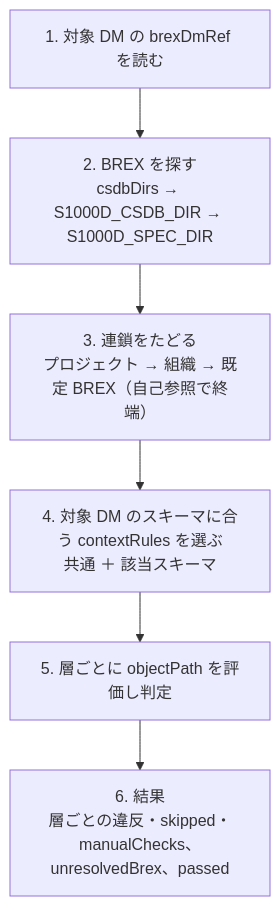
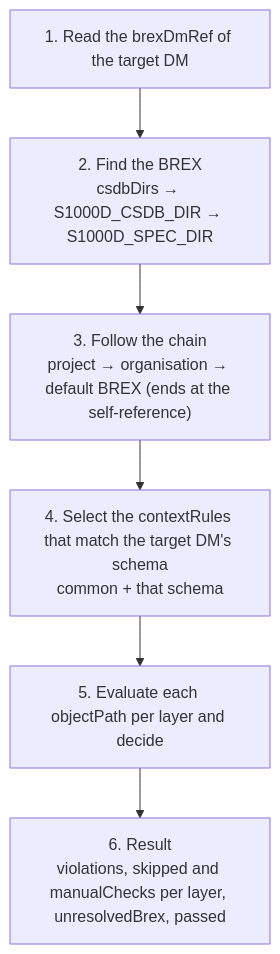
Before and after one commit to shuji-bonji/s1000d-stack: the diagram in site/src/content/docs/mcp/brex-mcp.md, drawn with Mermaid. The commit also changed other lines of this file and 35 other files, not shown here.

````diff
--- a/site/src/content/docs/mcp/brex-mcp.md
+++ b/site/src/content/docs/mcp/brex-mcp.md
@@ -52,8 +52,8 @@
 ```mermaid
 flowchart TB
-  A["1. 対象 DM の brexDmRef を読む"] --> B["2. BREX を探す<br/>csdbDirs → S1000D_CSDB_DIR → S1000D_SPEC_DIR"]
-  B --> C["3. 連鎖をたどる<br/>プロジェクト → 組織 → 既定 BREX（自己参照で終端）"]
-  C --> D["4. 対象 DM のスキーマに合う contextRules を選ぶ<br/>共通 ＋ 該当スキーマ"]
-  D --> E["5. 層ごとに objectPath を評価し判定"]
-  E --> F["6. 結果<br/>層ごとの違反・skipped・manualChecks、unresolvedBrex、passed"]
+  A["1. Read the brexDmRef of the target DM"] --> B["2. Find the BREX<br/>csdbDirs → S1000D_CSDB_DIR → S1000D_SPEC_DIR"]
+  B --> C["3. Follow the chain<br/>project → organisation → default BREX (ends at the self-reference)"]
+  C --> D["4. Select the contextRules that match the target DM's schema<br/>common + that schema"]
+  D --> E["5. Evaluate each objectPath per layer and decide"]
+  E --> F["6. Result<br/>violations, skipped and manualChecks per layer, unresolvedBrex, passed"]
 ```
````
